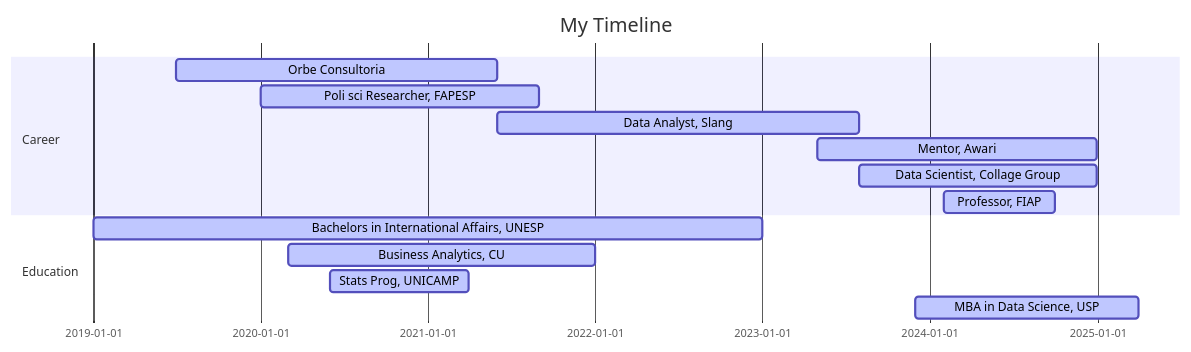
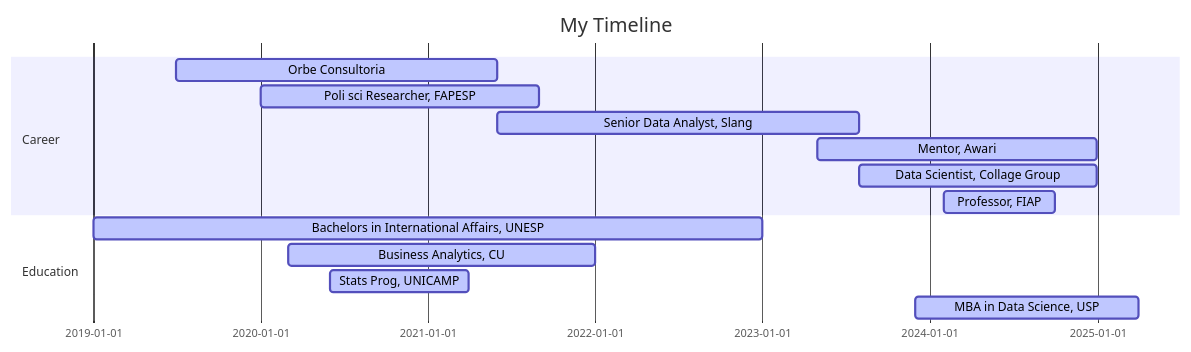
Before and after one commit to ViniciusARZ/ViniciusARZ: the diagram in README.md, drawn with Mermaid.

````diff
--- a/README.md
+++ b/README.md
@@ -9,20 +9,20 @@
 ```mermaid
 
 gantt
 dateFormat  YYYY-MM-DD
 title My Timeline
 
 section Career
 Orbe Consultoria           :active,, 2019-07-01,2021-06-01
 Poli sci Researcher, FAPESP           :active,, 2020-01-01,2021-09-01
-Data Analyst, Slang         :active,, 2021-06-01,2023-08-01
+Senior Data Analyst, Slang         :active,, 2021-06-01,2023-08-01
 Mentor, Awari       :active,, 2023-05-01,2024-12-31
 Data Scientist, Collage Group       :active,, 2023-08-01,2024-12-31
 Professor, FIAP :active,, 2024-02-01,2024-10-01
 
 section Education
 Bachelors in International Affairs, UNESP             :active,, 2019-01-01,2022-12-31
 Business Analytics, CU             :active,, 2020-03-01,2021-12-31
 Stats Prog, UNICAMP             :active,, 2020-06-01,2021-03-31
 MBA in Data Science, USP             :active,, 2023-12-01,2025-04-01
 ```
````
